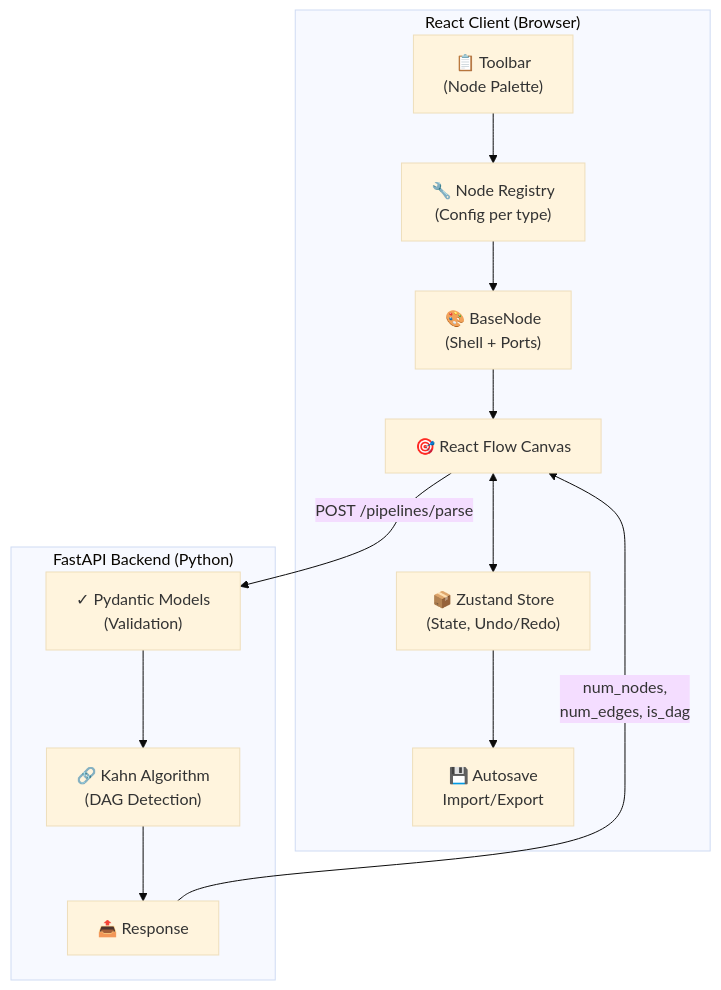
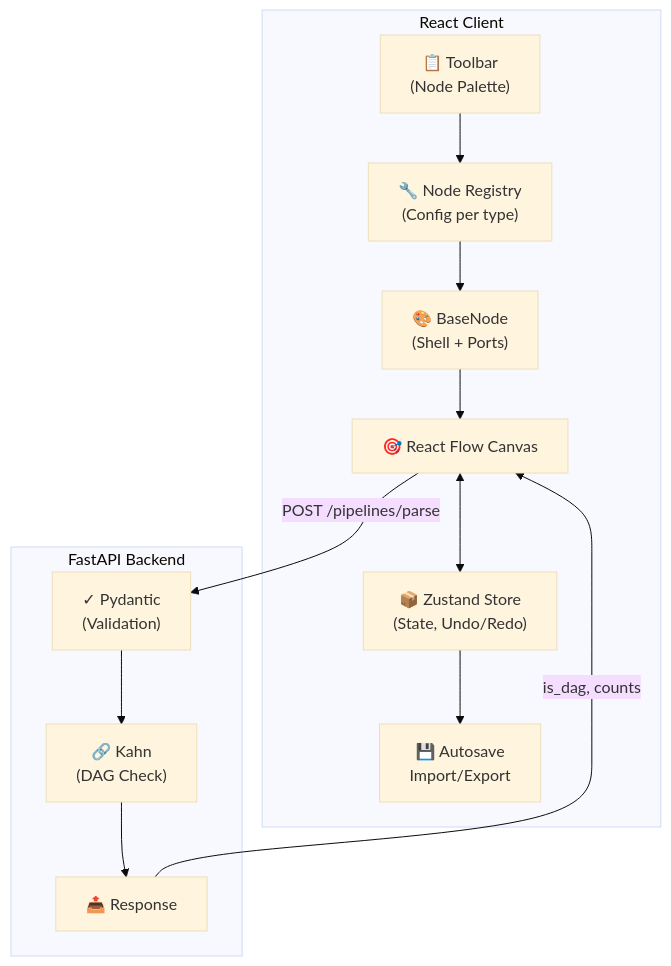
One commit to VeerajSai/FlowStudio changed the diagram in README.md. Above: the diagram before and after it, drawn with Mermaid (base theme). The commit also changed other lines of this file, not shown here.

````diff
--- a/README.md
+++ b/README.md
@@ -41,27 +65,27 @@
 ```mermaid
 graph TB
-    subgraph client["React Client (Browser)"]
+    subgraph client["React Client"]
         toolbar["📋 Toolbar<br/>(Node Palette)"]
         registry["🔧 Node Registry<br/>(Config per type)"]
         basenode["🎨 BaseNode<br/>(Shell + Ports)"]
         canvas["🎯 React Flow Canvas"]
         store["📦 Zustand Store<br/>(State, Undo/Redo)"]
         local["💾 Autosave<br/>Import/Export"]
     end
 
-    subgraph server["FastAPI Backend (Python)"]
-        pydantic["✓ Pydantic Models<br/>(Validation)"]
-        kahn["🔗 Kahn Algorithm<br/>(DAG Detection)"]
+    subgraph server["FastAPI Backend"]
+        pydantic["✓ Pydantic<br/>(Validation)"]
+        kahn["🔗 Kahn<br/>(DAG Check)"]
         response["📤 Response"]
     end
 
     toolbar --> registry
     registry --> basenode
     basenode --> canvas
     canvas <--> store
     store --> local
     canvas --> |POST /pipelines/parse| pydantic
     pydantic --> kahn
     kahn --> response
-    response --> |num_nodes,<br/>num_edges, is_dag| canvas
+    response --> |is_dag, counts| canvas
 ```
````
